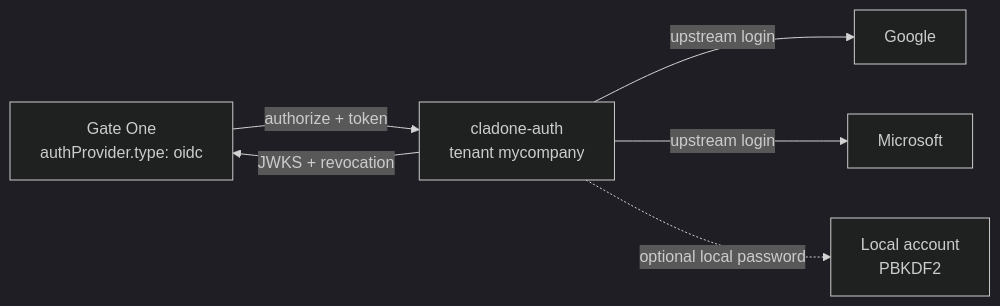
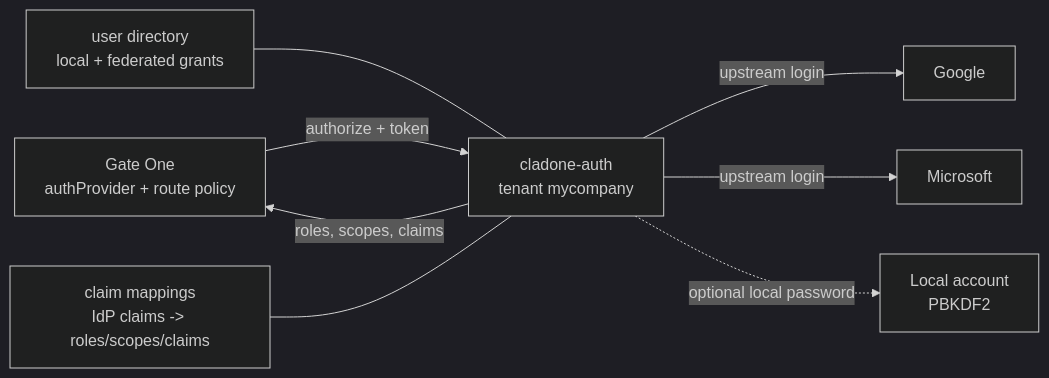
Before and after one commit to clad-one/gate-one-doc: the third of 3 diagrams in content/en/docs/iam-and-providers.md, drawn with Mermaid (dark theme). The commit also changed other lines of this file, not shown here.

First line of the commit message:
docs: align IAM page with broker users and claim mappings

````diff
--- a/content/en/docs/iam-and-providers.md
+++ b/content/en/docs/iam-and-providers.md
@@ -138,8 +154,10 @@
 ```mermaid
 flowchart LR
-  GO["Gate One<br/>authProvider.type: oidc"] -->|"authorize + token"| BROKER["cladone-auth<br/>tenant mycompany"]
+  GO["Gate One<br/>authProvider + route policy"] -->|"authorize + token"| BROKER["cladone-auth<br/>tenant mycompany"]
   BROKER -->|"upstream login"| G["Google"]
   BROKER -->|"upstream login"| M["Microsoft"]
   BROKER -.->|"optional local password"| L["Local account<br/>PBKDF2"]
-  BROKER -->|"JWKS + revocation"| GO
+  BROKER -->|"roles, scopes, claims"| GO
+  USERS["user directory<br/>local + federated grants"] --- BROKER
+  MAPPINGS["claim mappings<br/>IdP claims -> roles/scopes/claims"] --- BROKER
 ```
````
